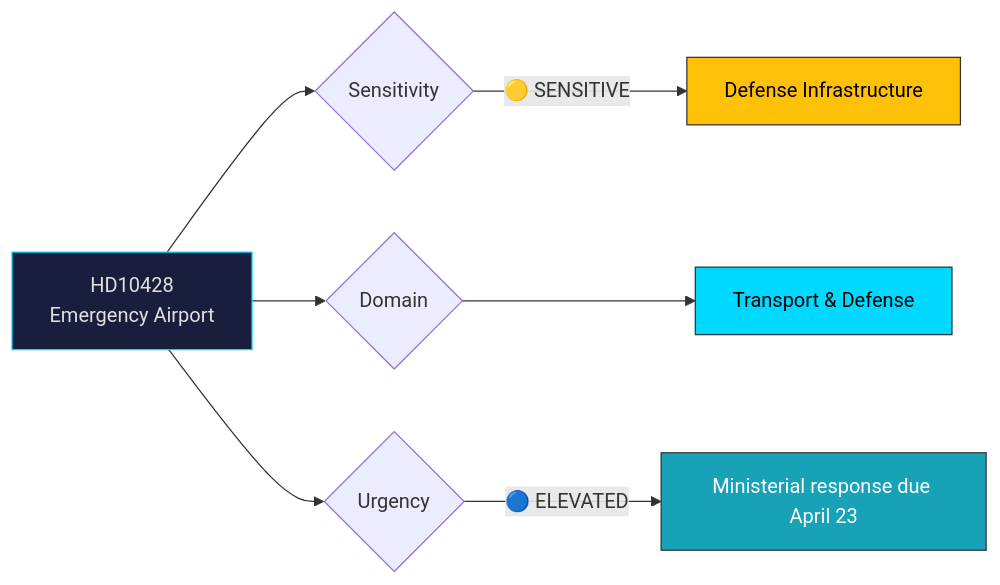
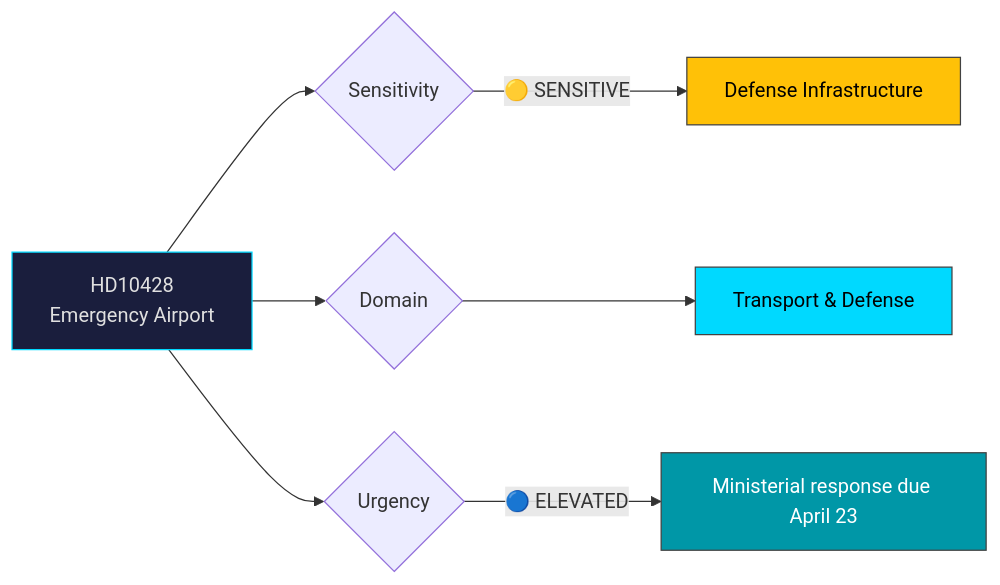
The diagram in analysis/daily/2026-04-06/realtime-1420/documents/hd10428-analysis.md (Hack23/riksdagsmonitor), drawn with Mermaid before and after one commit. The commit also changed 785 other files, not shown here.

First line of the commit message:
Normalize mermaid colors across 786 analysis artifacts to ISMS Style Guide palette

````diff
--- a/analysis/daily/2026-04-06/realtime-1420/documents/hd10428-analysis.md
+++ b/analysis/daily/2026-04-06/realtime-1420/documents/hd10428-analysis.md
@@ -24,16 +24,16 @@
 ```mermaid
 graph LR
     A["HD10428<br/>Emergency Airport"] --> B{Sensitivity}
     B -->|"🟡 SENSITIVE"| D["Defense Infrastructure"]
 
     A --> G{Domain}
     G --> H["Transport & Defense"]
 
     A --> I{Urgency}
     I -->|"🔵 ELEVATED"| L["Ministerial response due April 23"]
 
     style A fill:#1a1e3d,stroke:#00d9ff,color:#e0e0e0
-    style D fill:#ffc107,stroke:#333,color:#000
-    style H fill:#00d9ff,stroke:#333,color:#000
-    style L fill:#17a2b8,stroke:#333,color:#fff
+    style D fill:#FFC107,stroke:#424242,color:#000000
+    style H fill:#00d9ff,stroke:#424242,color:#000000
+    style L fill:#0097A7,stroke:#424242,color:#FFFFFF
 ```
````
